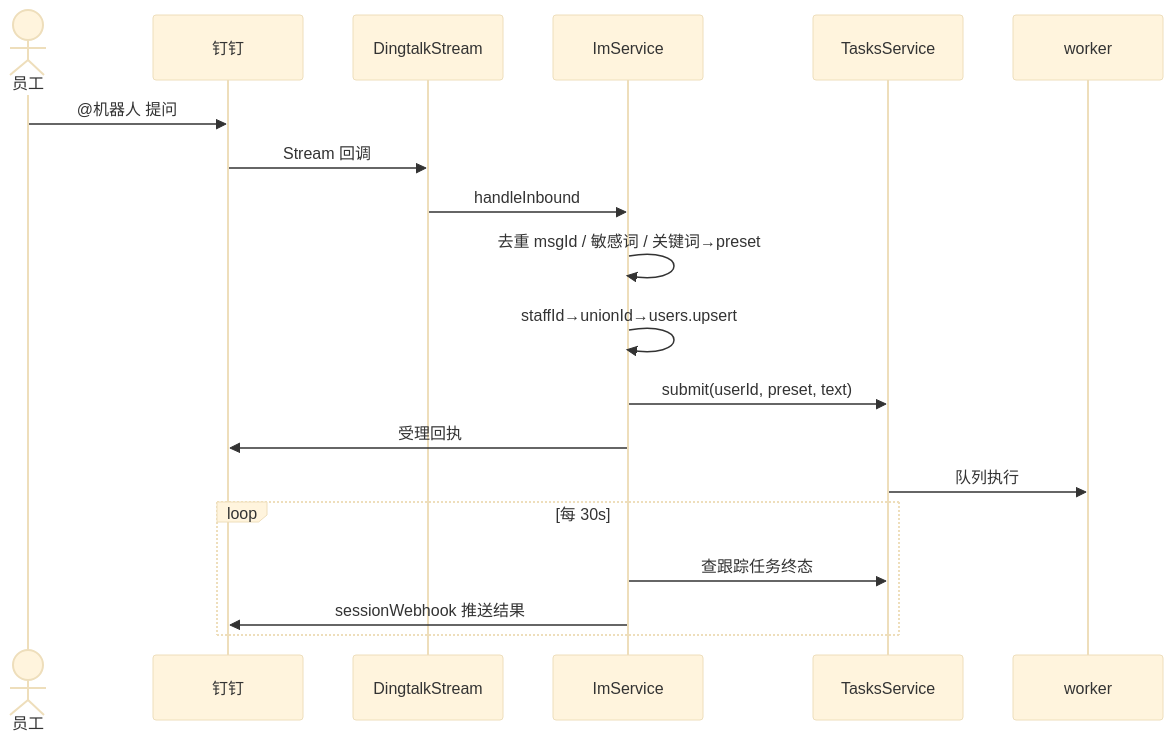
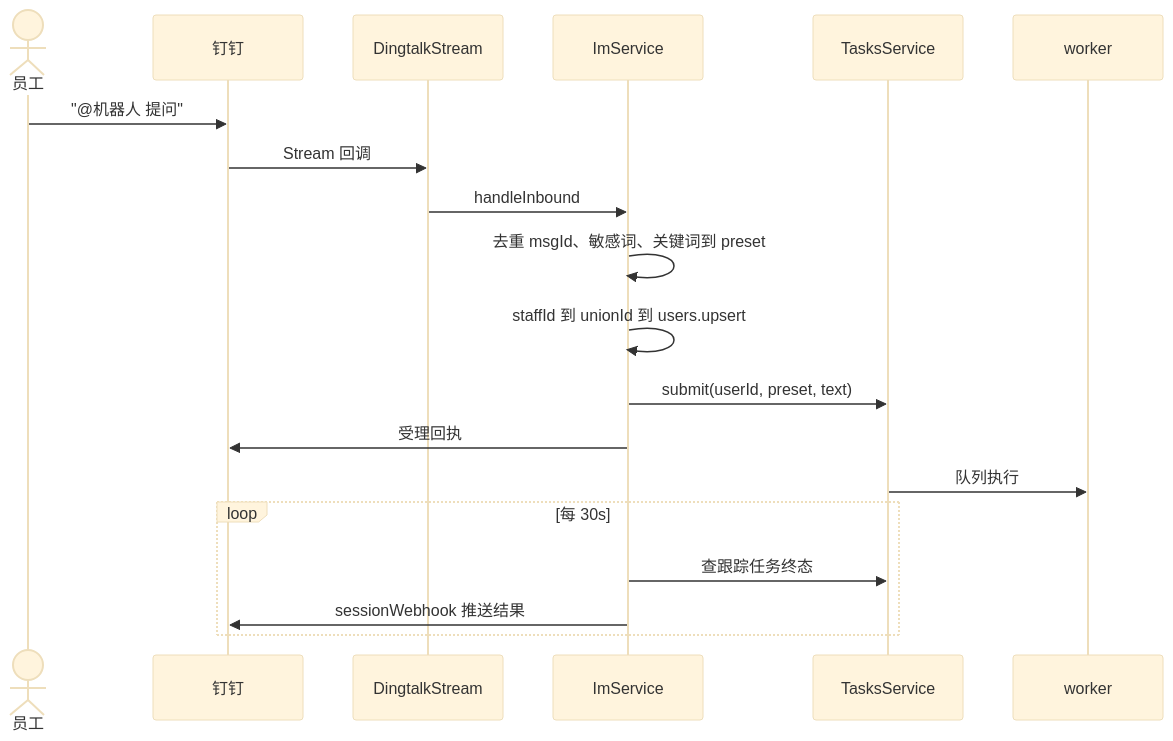
Before and after one commit to jackyqj/ai-agent-platform: the sixth of 12 diagrams in docs/system-arch42.md, drawn with Mermaid (base theme). The commit also changed other lines of this file, not shown here.

````diff
--- a/docs/system-arch42.md
+++ b/docs/system-arch42.md
@@ -422,22 +422,22 @@
 ```mermaid
 sequenceDiagram
   actor U as 员工
   participant DT as 钉钉
   participant ST as DingtalkStream
   participant IM as ImService
   participant CP as TasksService
   participant W as worker
 
-  U->>DT: @机器人 提问
+  U->>DT: "@机器人 提问"
   DT->>ST: Stream 回调
   ST->>IM: handleInbound
-  IM->>IM: 去重 msgId / 敏感词 / 关键词→preset
-  IM->>IM: staffId→unionId→users.upsert
+  IM->>IM: 去重 msgId、敏感词、关键词到 preset
+  IM->>IM: staffId 到 unionId 到 users.upsert
   IM->>CP: submit(userId, preset, text)
   IM->>DT: 受理回执
   CP->>W: 队列执行
   loop 每 30s
     IM->>CP: 查跟踪任务终态
     IM->>DT: sessionWebhook 推送结果
   end
 ```
````
